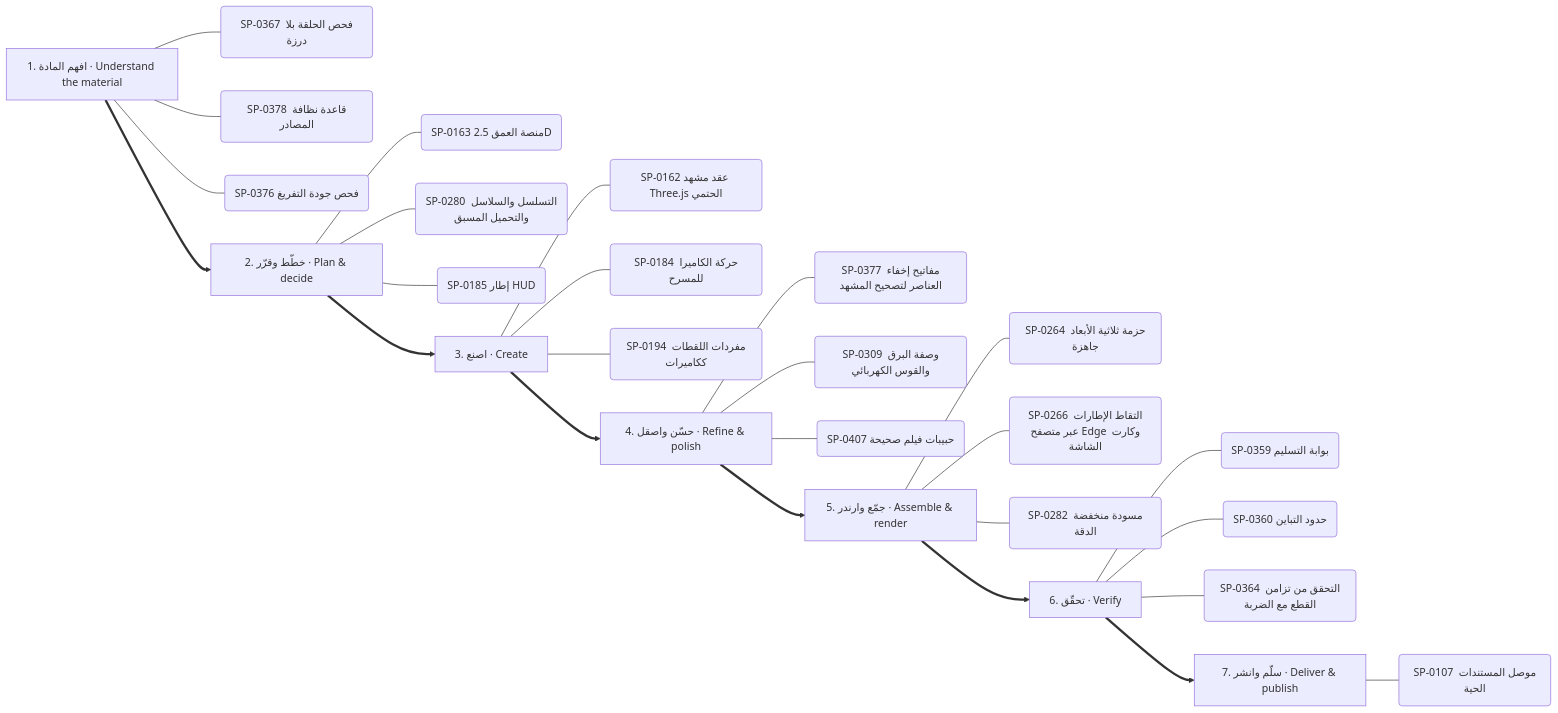
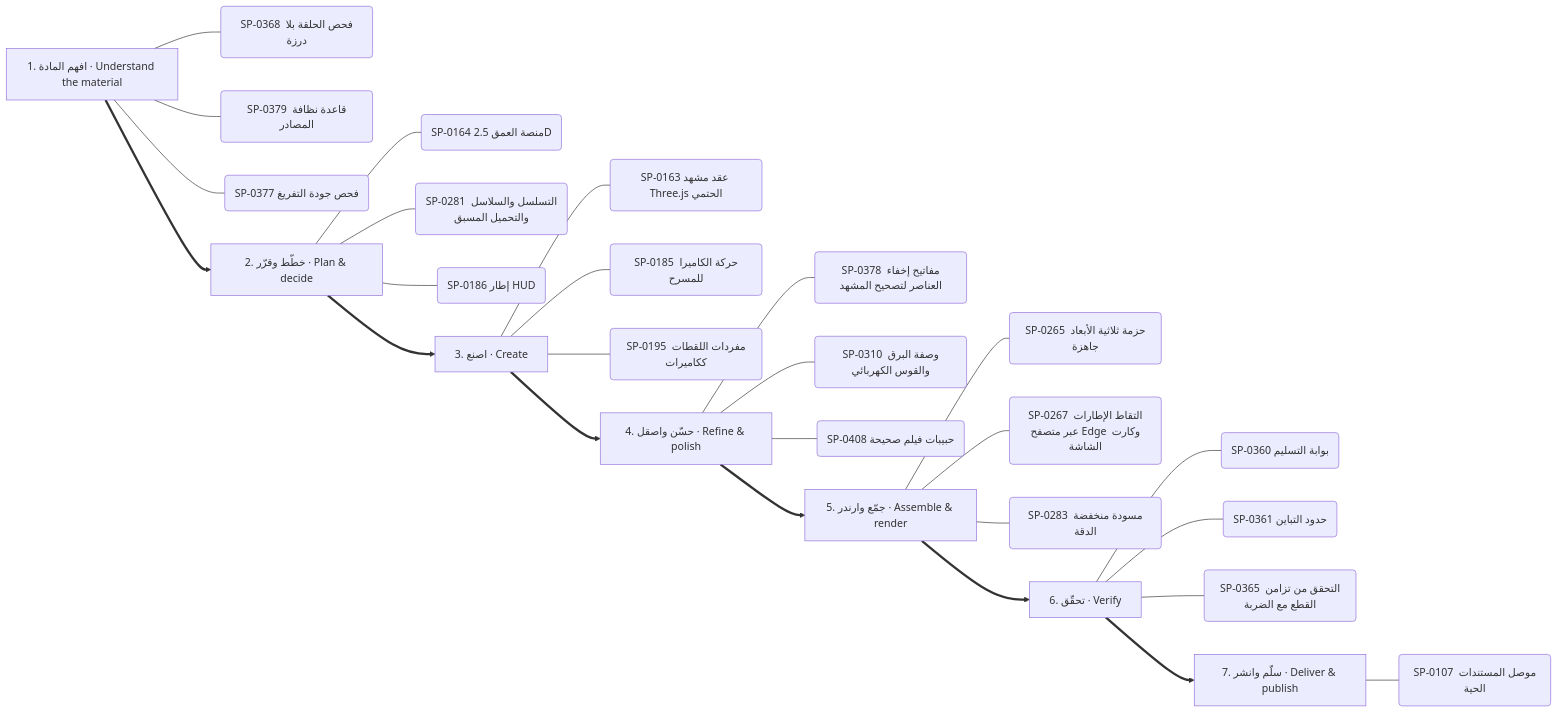
Before and after one commit to kosif199022-jpg/kosif-tool: the eighth of 13 diagrams in .claude/skills/kosif-superpowers/references/capability-mindmap.md, drawn with Mermaid. The commit also changed other lines of this file and 65 other files, not shown here.

````diff
--- a/.claude/skills/kosif-superpowers/references/capability-mindmap.md
+++ b/.claude/skills/kosif-superpowers/references/capability-mindmap.md
@@ -411,35 +411,35 @@
 ```mermaid
 flowchart LR
   S0["1. افهم المادة · Understand the material"]
-  S0 --- S0_0("SP-0367 فحص الحلقة بلا درزة")
-  S0 --- S0_1("SP-0378 قاعدة نظافة المصادر")
-  S0 --- S0_2("SP-0376 فحص جودة التفريغ")
+  S0 --- S0_0("SP-0368 فحص الحلقة بلا درزة")
+  S0 --- S0_1("SP-0379 قاعدة نظافة المصادر")
+  S0 --- S0_2("SP-0377 فحص جودة التفريغ")
   S1["2. خطّط وقرّر · Plan & decide"]
-  S1 --- S1_0("SP-0163 منصة العمق 2.5D")
-  S1 --- S1_1("SP-0280 التسلسل والسلاسل والتحميل المسبق")
-  S1 --- S1_2("SP-0185 إطار HUD")
+  S1 --- S1_0("SP-0164 منصة العمق 2.5D")
+  S1 --- S1_1("SP-0281 التسلسل والسلاسل والتحميل المسبق")
+  S1 --- S1_2("SP-0186 إطار HUD")
   S0 ==> S1
   S2["3. اصنع · Create"]
-  S2 --- S2_0("SP-0162 عقد مشهد Three.js الحتمي")
-  S2 --- S2_1("SP-0184 حركة الكاميرا للمسرح")
-  S2 --- S2_2("SP-0194 مفردات اللقطات ككاميرات")
+  S2 --- S2_0("SP-0163 عقد مشهد Three.js الحتمي")
+  S2 --- S2_1("SP-0185 حركة الكاميرا للمسرح")
+  S2 --- S2_2("SP-0195 مفردات اللقطات ككاميرات")
   S1 ==> S2
   S3["4. حسّن واصقل · Refine & polish"]
-  S3 --- S3_0("SP-0377 مفاتيح إخفاء العناصر لتصحيح المشهد")
-  S3 --- S3_1("SP-0309 وصفة البرق والقوس الكهربائي")
-  S3 --- S3_2("SP-0407 حبيبات فيلم صحيحة")
+  S3 --- S3_0("SP-0378 مفاتيح إخفاء العناصر لتصحيح المشهد")
+  S3 --- S3_1("SP-0310 وصفة البرق والقوس الكهربائي")
+  S3 --- S3_2("SP-0408 حبيبات فيلم صحيحة")
   S2 ==> S3
   S4["5. جمّع وارندر · Assemble & render"]
-  S4 --- S4_0("SP-0264 حزمة ثلاثية الأبعاد جاهزة")
-  S4 --- S4_1("SP-0266 التقاط الإطارات عبر متصفح Edge وكارت الشاشة")
-  S4 --- S4_2("SP-0282 مسودة منخفضة الدقة")
+  S4 --- S4_0("SP-0265 حزمة ثلاثية الأبعاد جاهزة")
+  S4 --- S4_1("SP-0267 التقاط الإطارات عبر متصفح Edge وكارت الشاشة")
+  S4 --- S4_2("SP-0283 مسودة منخفضة الدقة")
   S3 ==> S4
   S5["6. تحقّق · Verify"]
-  S5 --- S5_0("SP-0359 بوابة التسليم")
-  S5 --- S5_1("SP-0360 حدود التباين")
-  S5 --- S5_2("SP-0364 التحقق من تزامن القطع مع الضربة")
+  S5 --- S5_0("SP-0360 بوابة التسليم")
+  S5 --- S5_1("SP-0361 حدود التباين")
+  S5 --- S5_2("SP-0365 التحقق من تزامن القطع مع الضربة")
   S4 ==> S5
   S6["7. سلّم وانشر · Deliver & publish"]
   S6 --- S6_0("SP-0107 موصل المستندات الحية")
   S5 ==> S6
 ```
````
